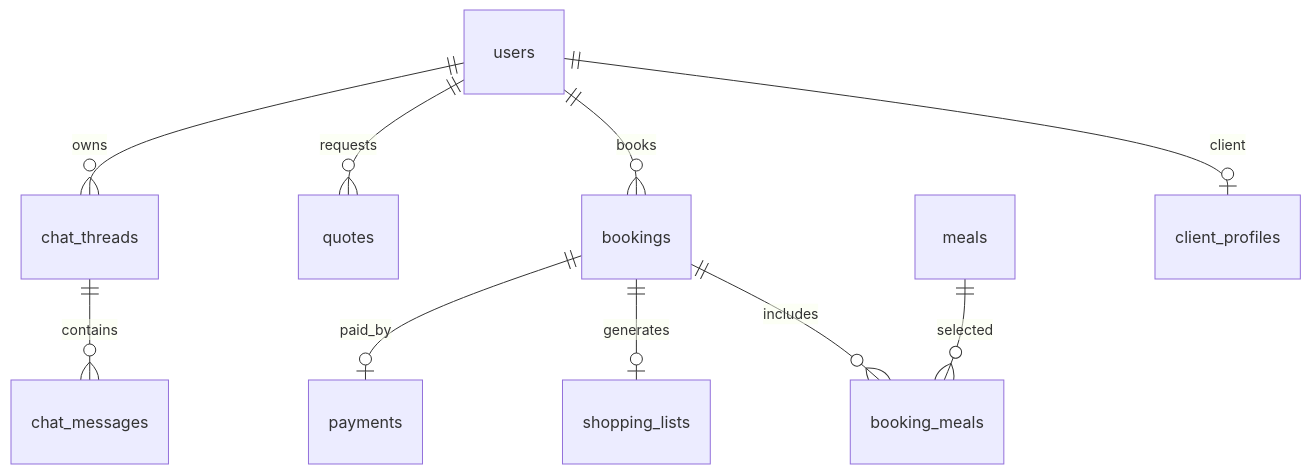
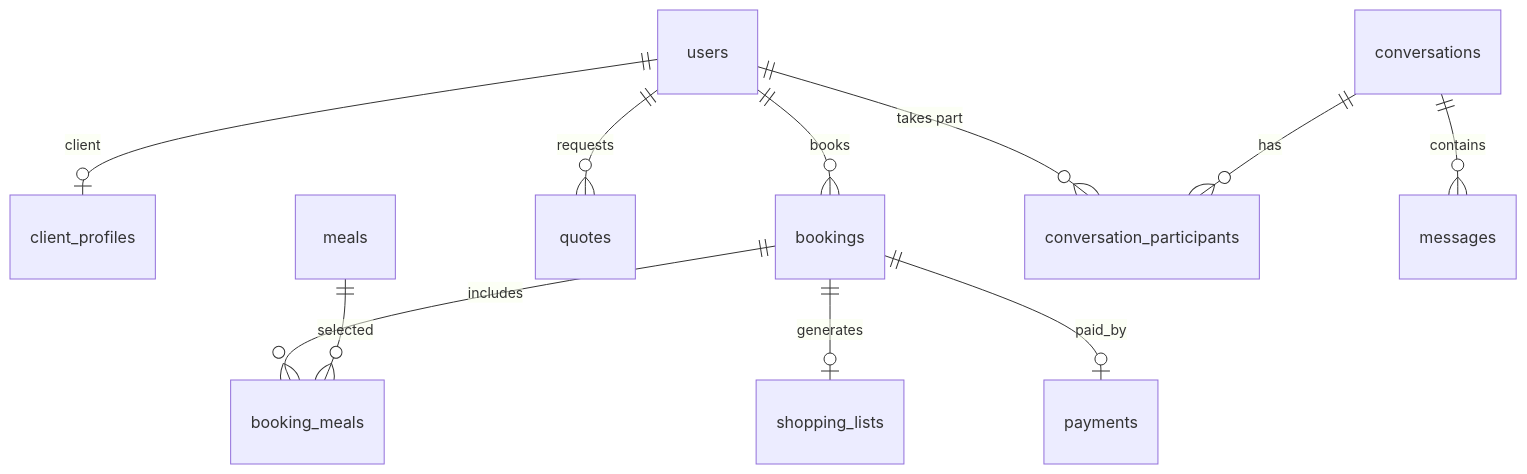
Before and after one commit to LabsFood/LF-BackEnd: the second of 3 diagrams in docs/architecture.md, drawn with Mermaid. The commit also changed other lines of this file and 43 other files, not shown here.

````diff
--- a/docs/architecture.md
+++ b/docs/architecture.md
@@ -132,12 +132,13 @@
 ```mermaid
 erDiagram
     users ||--o| client_profiles : "client"
     users ||--o{ bookings : "books"
     users ||--o{ quotes : "requests"
     bookings ||--o{ booking_meals : "includes"
     meals ||--o{ booking_meals : "selected"
     bookings ||--o| shopping_lists : "generates"
     bookings ||--o| payments : "paid_by"
-    users ||--o{ chat_threads : "owns"
-    chat_threads ||--o{ chat_messages : "contains"
+    users ||--o{ conversation_participants : "takes part"
+    conversations ||--o{ conversation_participants : "has"
+    conversations ||--o{ messages : "contains"
 ```
````
